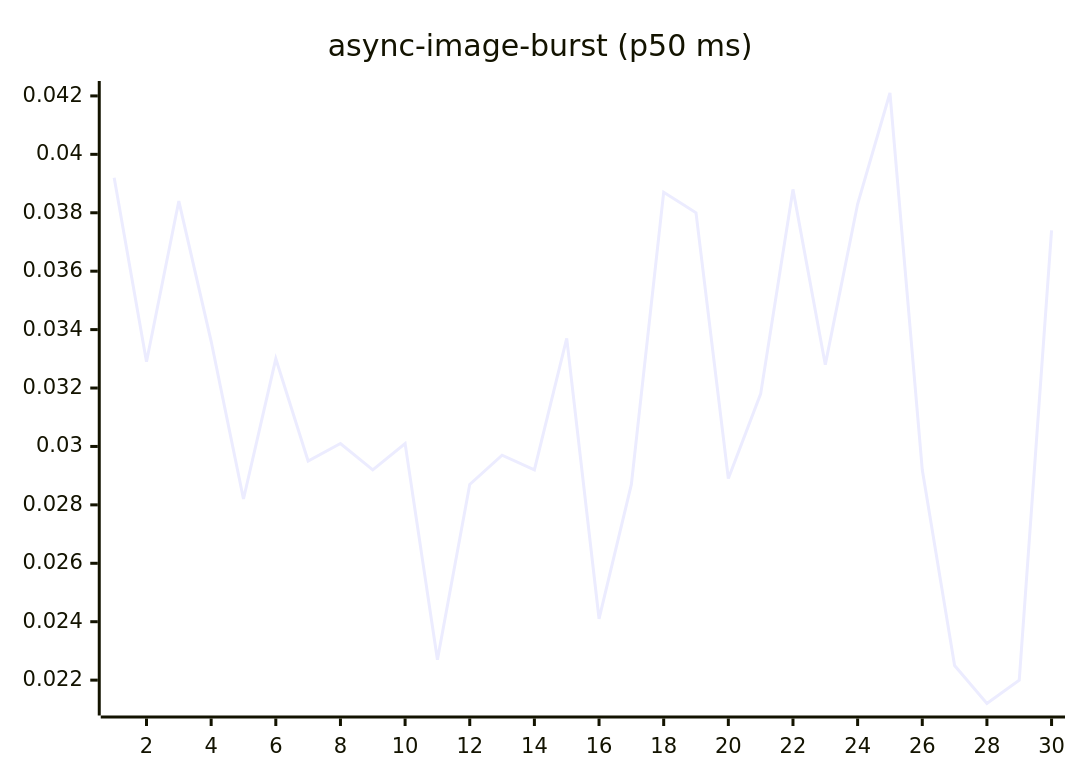
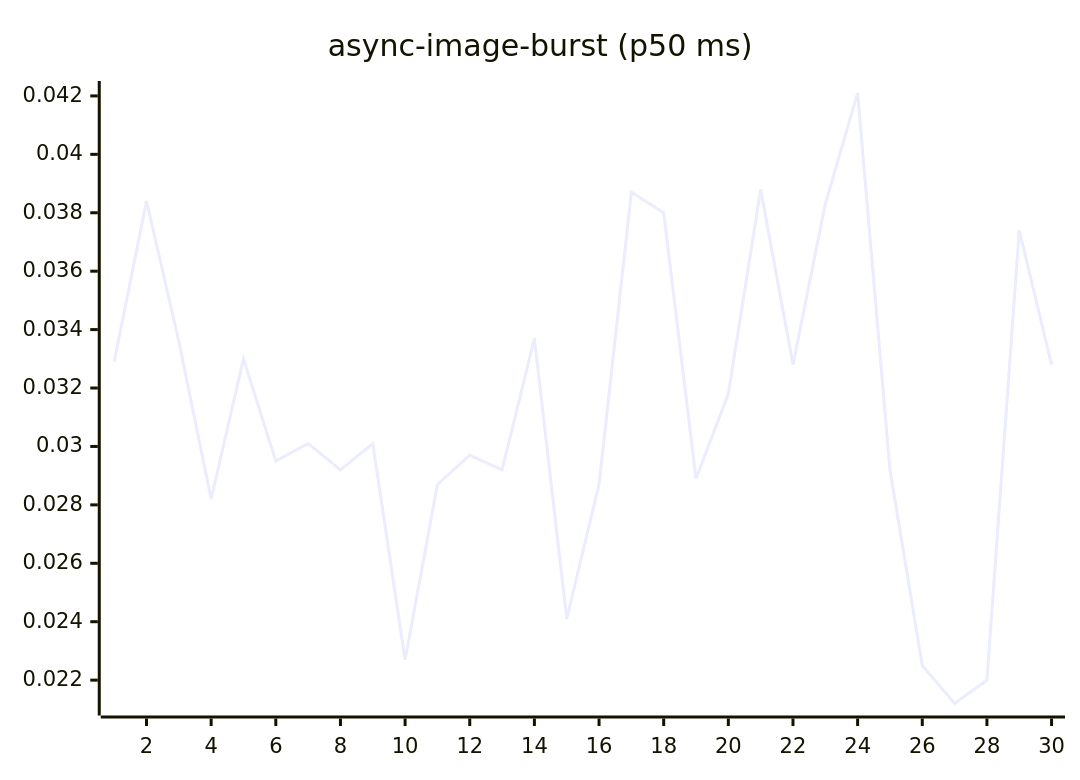
Before and after one commit to josha/Facet: the fourth of 27 diagrams in README.md, drawn with Mermaid. The commit also changed other lines of this file and 2 other files, not shown here.

````diff
--- a/README.md
+++ b/README.md
@@ -84,6 +84,6 @@
 ```mermaid
 xychart-beta
     title "async-image-burst (p50 ms)"
     x-axis 1 --> 30
-    line [0.0392, 0.0329, 0.0384, 0.0336, 0.0282, 0.0330, 0.0295, 0.0301, 0.0292, 0.0301, 0.0227, 0.0287, 0.0297, 0.0292, 0.0337, 0.0241, 0.0287, 0.0387, 0.0380, 0.0289, 0.0318, 0.0388, 0.0328, 0.0383, 0.0421, 0.0292, 0.0225, 0.0212, 0.0220, 0.0374]
+    line [0.0329, 0.0384, 0.0336, 0.0282, 0.0330, 0.0295, 0.0301, 0.0292, 0.0301, 0.0227, 0.0287, 0.0297, 0.0292, 0.0337, 0.0241, 0.0287, 0.0387, 0.0380, 0.0289, 0.0318, 0.0388, 0.0328, 0.0383, 0.0421, 0.0292, 0.0225, 0.0212, 0.0220, 0.0374, 0.0328]
 ```
````
